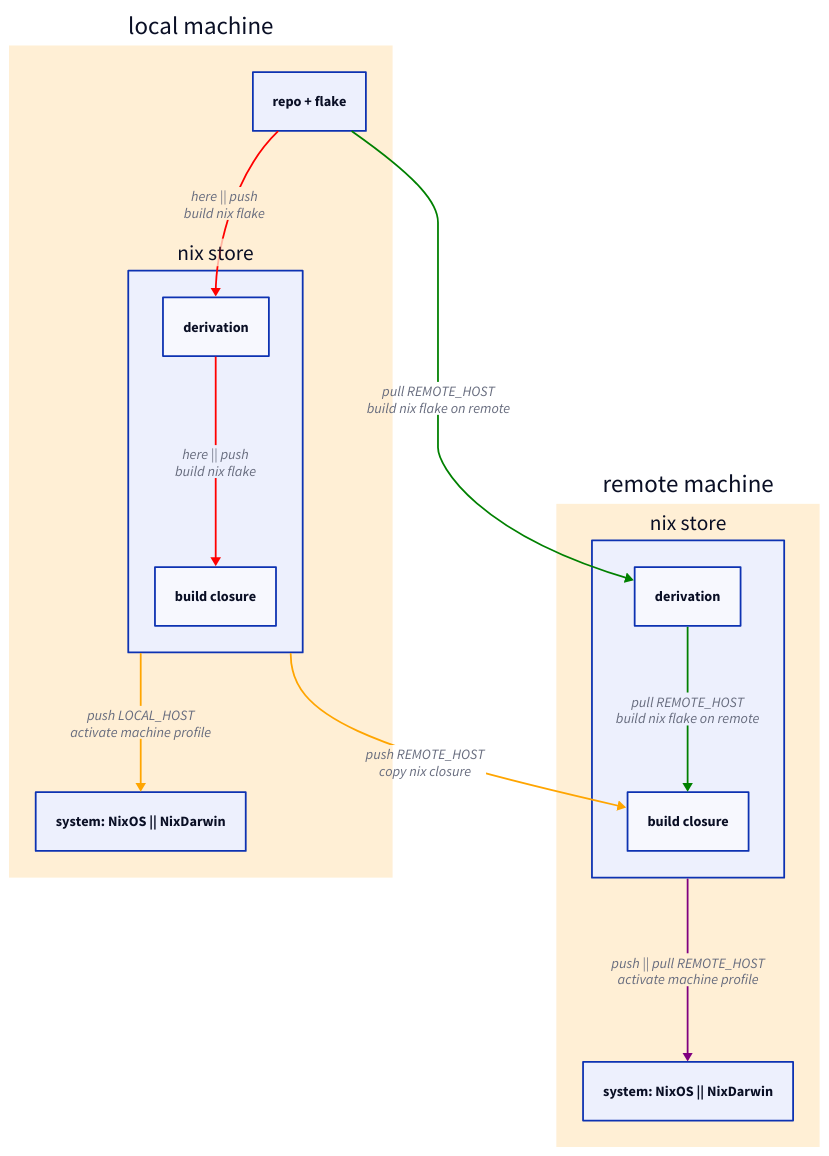
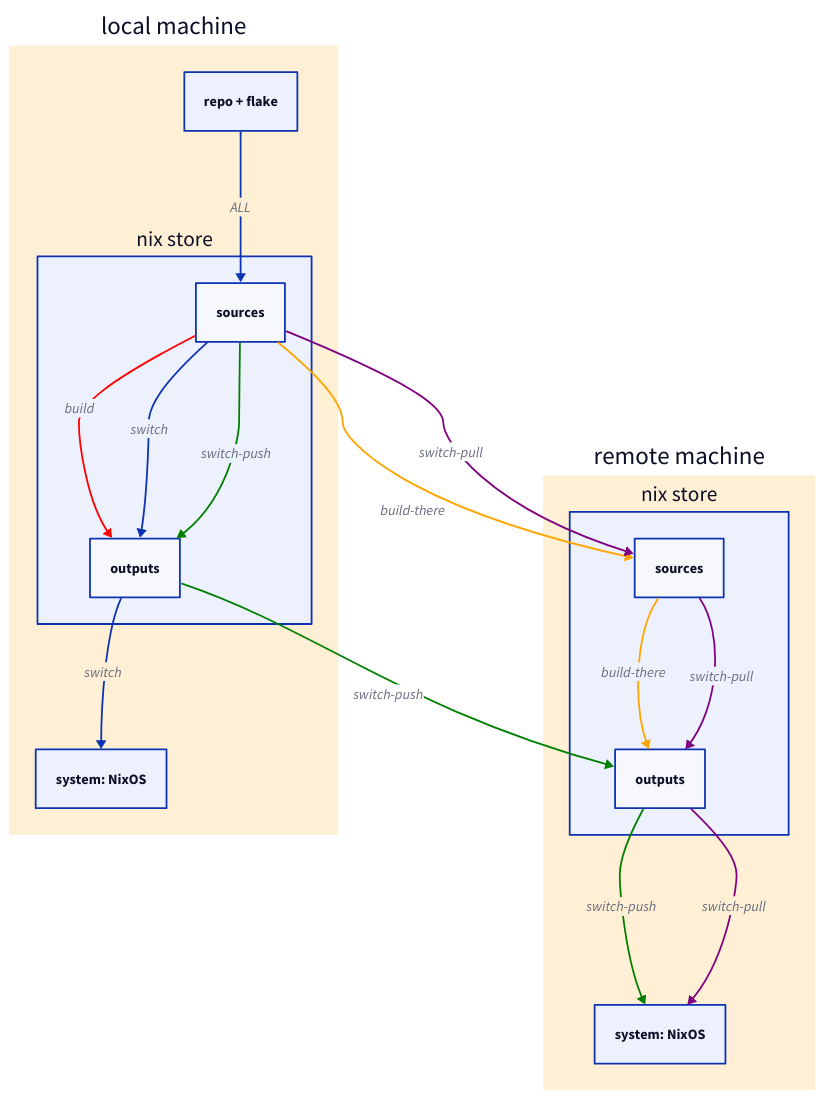
One commit to siriobalmelli/flakem changed the diagram in docs/workflow.d2. Above: the diagram before and after it, drawn with D2. The commit also changed 4 other files, not shown here.

```diff
--- a/docs/workflow.d2
+++ b/docs/workflow.d2
@@ -1,29 +1,29 @@
 local: "local machine" {
 	repo: "repo + flake"
 	nix: "nix store" {
-		der: derivation
-		clr: build closure
+		sources
+		outputs
 	}
-	system: "system: NixOS || NixDarwin"
+	system: "system: NixOS"
 }
 local.style.fill: PapayaWhip
 local.style.stroke-width: 0
 
 remote: "remote machine" {
 	nix: "nix store" {
-		der: derivation
-		clr: build closure
+		sources
+		outputs
 	}
-	system: "system: NixOS || NixDarwin"
+	system: "system: NixOS"
 }
 remote.style.fill: PapayaWhip
 remote.style.stroke-width: 0
 
-local.repo -> local.nix.der -> local.nix.clr: "here || push\nbuild nix flake" { style.stroke: red }
+local.repo -> local.nix.sources: ALL
 
-local.nix -> local.system: "push LOCAL_HOST\nactivate machine profile" { style.stroke: orange }
-local.nix -> remote.nix.clr: "push REMOTE_HOST\ncopy nix closure" { style.stroke: orange }
+local.nix.sources -> local.nix.outputs: "build" { style.stroke: red }
+local.nix.sources -> remote.nix.sources -> remote.nix.outputs: "build-there" { style.stroke: orange }
 
-local.repo -> remote.nix.der -> remote.nix.clr: "pull REMOTE_HOST\nbuild nix flake on remote" { style.stroke: green }
-
-remote.nix -> remote.system: "push || pull REMOTE_HOST\nactivate machine profile" { style.stroke: purple }
+local.nix.sources -> local.nix.outputs -> local.system: "switch"
+local.nix.sources -> local.nix.outputs -> remote.nix.outputs -> remote.system: "switch-push" {style.stroke: green }
+local.nix.sources -> remote.nix.sources -> remote.nix.outputs -> remote.system: "switch-pull" {style.stroke: purple }
```
